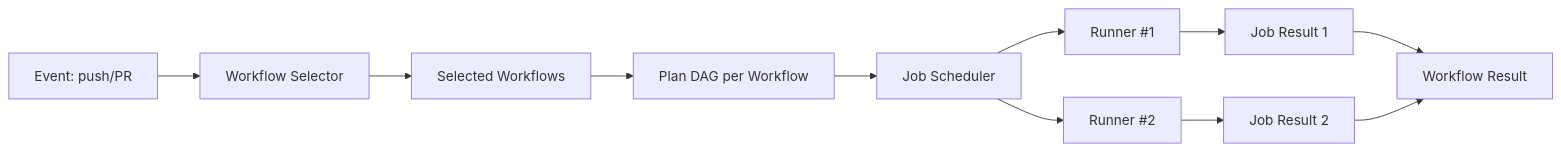
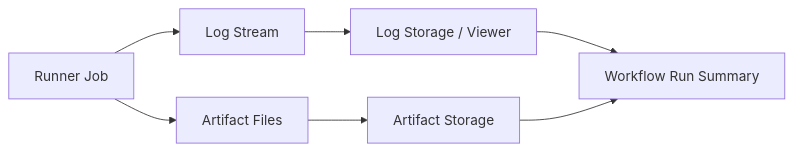
One commit to VishuKalier2003/System-Design-Components changed the tenth of 21 diagrams in Composite/S02-CompositeBuildGraph/case-studies/GitHub-Actions.md. Above: the diagram before and after it, drawn with Mermaid. The commit also changed other lines of this file, not shown here.

````diff
--- a/Composite/S02-CompositeBuildGraph/case-studies/GitHub-Actions.md
+++ b/Composite/S02-CompositeBuildGraph/case-studies/GitHub-Actions.md
@@ -378,13 +298,9 @@
 ```mermaid
 flowchart LR
-    EVT[Event: push/PR] --> SEL[Workflow Selector]
-    SEL --> WFLIST[Selected Workflows]
-    WFLIST --> PLAN[Plan DAG per Workflow]
-    PLAN --> ORCH[Job Scheduler]
-    ORCH --> RUN1[Runner #1]
-    ORCH --> RUN2[Runner #2]
-    RUN1 --> RES1[Job Result 1]
-    RUN2 --> RES2[Job Result 2]
-    RES1 --> AGG[Workflow Result]
-    RES2 --> AGG
+    A[Runner Job] --> B[Log Stream]
+    A --> C[Artifact Files]
+    B --> D[Log Storage / Viewer]
+    C --> E[Artifact Storage]
+    D --> F[Workflow Run Summary]
+    E --> F
 ```
````
